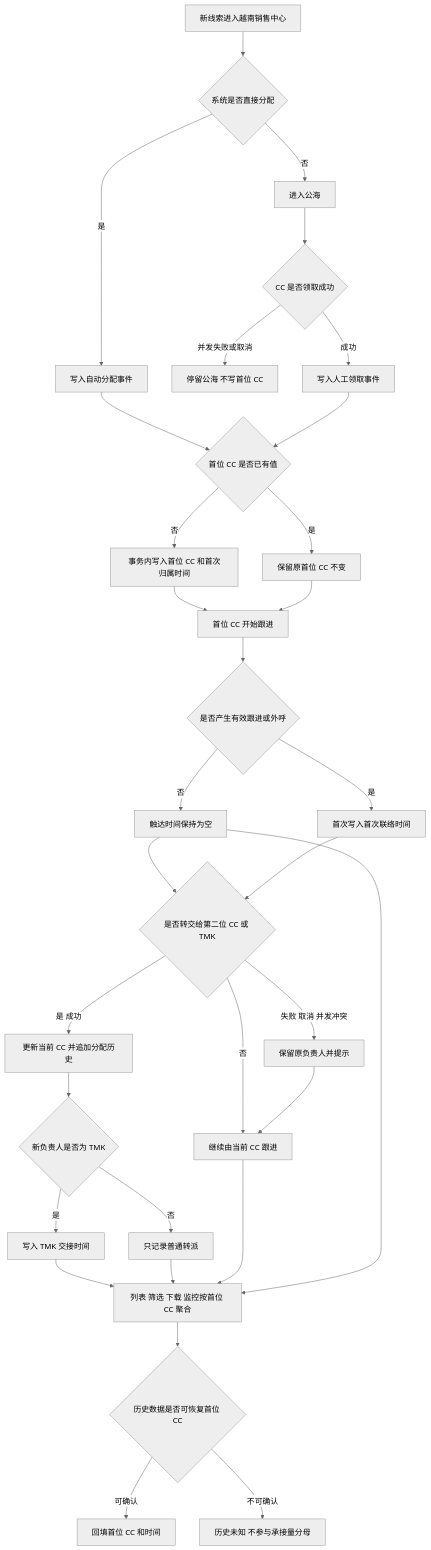
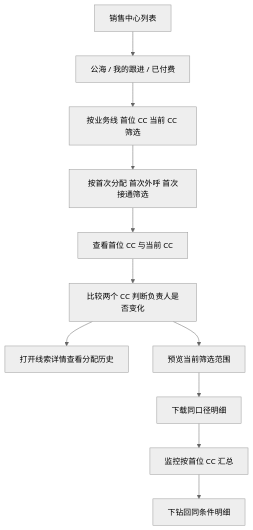
One commit to h3-ai-lab/hhhprd changed the diagram in projects/first-contact/PRD.md. Above: the diagram before and after it, drawn with Mermaid (neutral theme). The commit also changed other lines of this file and 11 other files, not shown here.

````diff
--- a/projects/first-contact/PRD.md
+++ b/projects/first-contact/PRD.md
@@ -85,34 +93,13 @@
 ```mermaid
 flowchart TD
-    A[新线索进入越南销售中心] --> B{系统是否直接分配}
-    B -->|是| C[写入自动分配事件]
-    B -->|否| D[进入公海]
-    D --> E{CC 是否领取成功}
-    E -->|并发失败或取消| D1[停留公海 不写首位 CC]
-    E -->|成功| F[写入人工领取事件]
-    C --> G{首位 CC 是否已有值}
-    F --> G
-    G -->|否| H[事务内写入首位 CC 和首次归属时间]
-    G -->|是| I[保留原首位 CC 不变]
-    H --> J[首位 CC 开始跟进]
-    I --> J
-    J --> K{是否产生有效跟进或外呼}
-    K -->|否| K1[触达时间保持为空]
-    K -->|是| L[首次写入首次联络时间]
-    K1 --> M{是否转交给第二位 CC 或 TMK}
-    L --> M
-    M -->|否| N[继续由当前 CC 跟进]
-    M -->|是 成功| O[更新当前 CC 并追加分配历史]
-    M -->|失败 取消 并发冲突| M1[保留原负责人并提示]
-    O --> P{新负责人是否为 TMK}
-    P -->|是| Q[写入 TMK 交接时间]
-    P -->|否| R[只记录普通转派]
-    Q --> S[列表 筛选 下载 监控按首位 CC 聚合]
-    R --> S
-    N --> S
-    M1 --> N
-    K1 --> S
-    S --> T{历史数据是否可恢复首位 CC}
-    T -->|可确认| U[回填首位 CC 和时间]
-    T -->|不可确认| V[历史未知 不参与承接量分母]
+    A[销售中心列表] --> B[公海 / 我的跟进 / 已付费]
+    B --> C[按业务线 首位 CC 当前 CC 筛选]
+    C --> D[按首次分配 首次外呼 首次接通筛选]
+    D --> E[查看首位 CC 与当前 CC]
+    E --> F[比较两个 CC 判断负责人是否变化]
+    F --> G[打开线索详情查看分配历史]
+    F --> H[预览当前筛选范围]
+    H --> I[下载同口径明细]
+    I --> J[监控按首位 CC 汇总]
+    J --> K[下钻回同条件明细]
 ```
````
